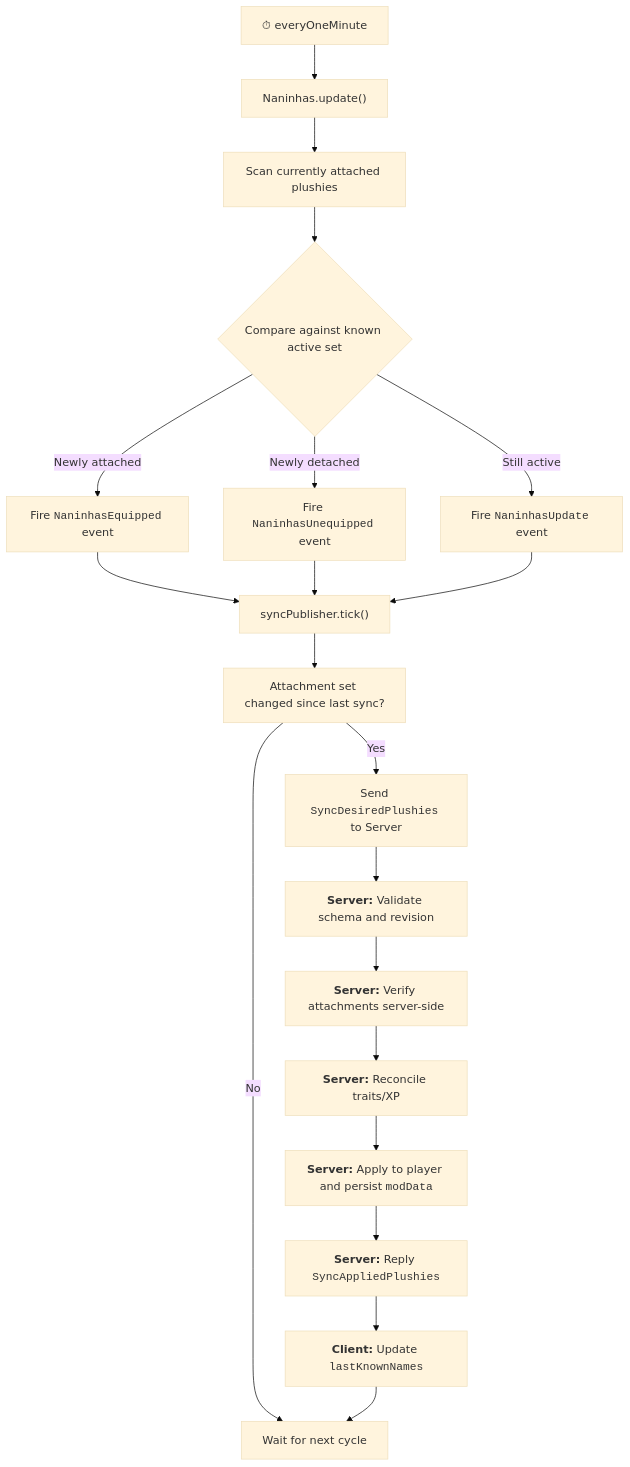
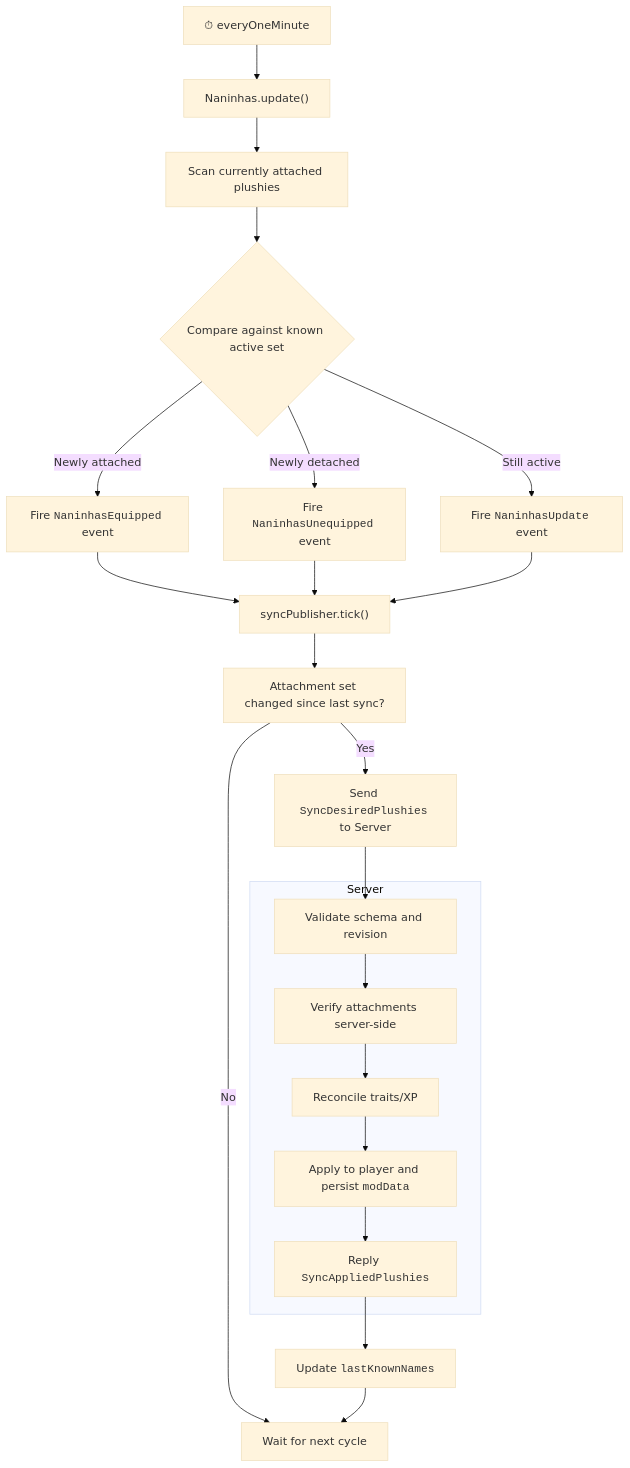
Before and after one commit to Dihgg/naninhas: the first of 2 diagrams in README.md, drawn with Mermaid (base theme). The commit also changed other lines of this file, not shown here.

````diff
--- a/README.md
+++ b/README.md
@@ -129,22 +137,24 @@
 ```mermaid
 flowchart TD
     T["⏱ everyOneMinute"] --> U["Naninhas.update()"]
     U --> C["Scan currently attached plushies"]
     C --> D{"Compare against known active set"}
     D -->|Newly attached| E["Fire <code>NaninhasEquipped</code> event"]
     D -->|Newly detached| F["Fire <code>NaninhasUnequipped</code> event"]
     D -->|Still active| G["Fire <code>NaninhasUpdate</code> event"]
     E --> H["syncPublisher.tick()"]
     F --> H
     G --> H
     H --> I["Attachment set changed since last sync?"]
     I -->|No| J["Wait for next cycle"]
     I -->|Yes| K["Send <code>SyncDesiredPlushies</code> to Server"]
-    K --> L["<strong>Server:</strong> Validate schema and revision"]
-    L --> M["<strong>Server:</strong> Verify attachments server-side"]
-    M --> N["<strong>Server:</strong> Reconcile traits/XP"]
-    N --> O["<strong>Server:</strong> Apply to player and persist <code>modData</code>"]
-    O --> P["<strong>Server:</strong> Reply <code>SyncAppliedPlushies</code>"]
-    P --> Q["<strong>Client:</strong> Update <code>lastKnownNames</code>"]
+    K --> L["Validate schema and revision"]
+    subgraph Server
+    L --> M["Verify attachments server-side"]
+    M --> N["Reconcile traits/XP"]
+    N --> O["Apply to player and persist <code>modData</code>"]
+    O --> P["Reply <code>SyncAppliedPlushies</code>"]
+    end
+    P --> Q["Update <code>lastKnownNames</code>"]
     Q --> J
 ```
````
